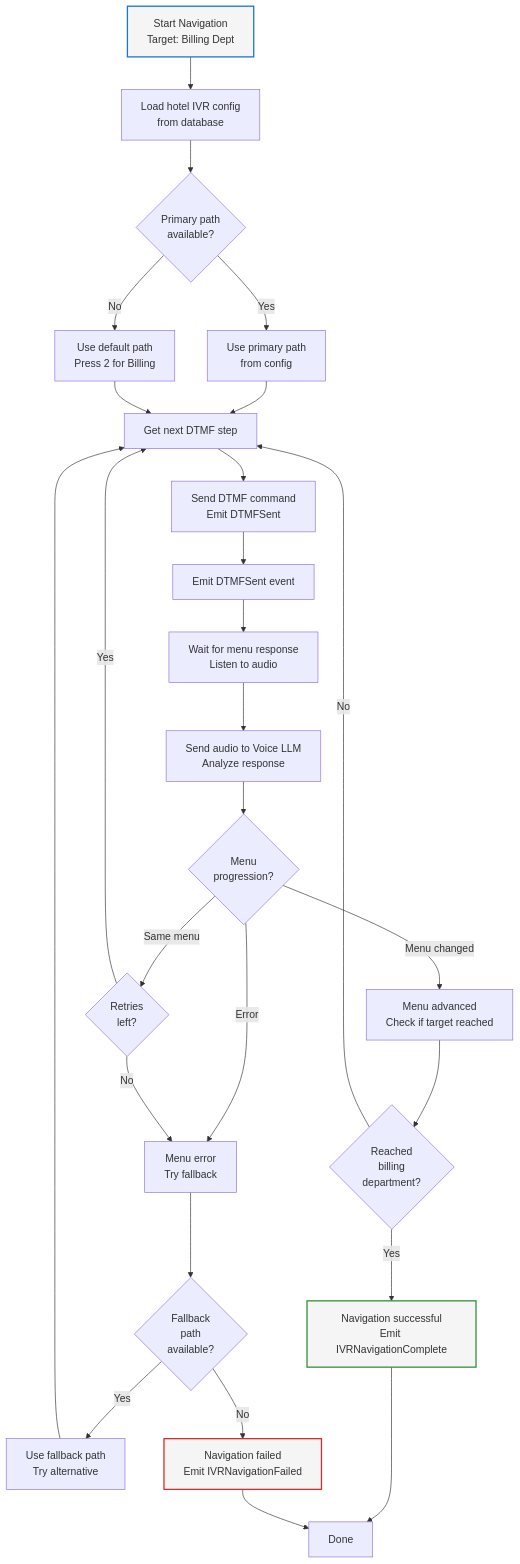
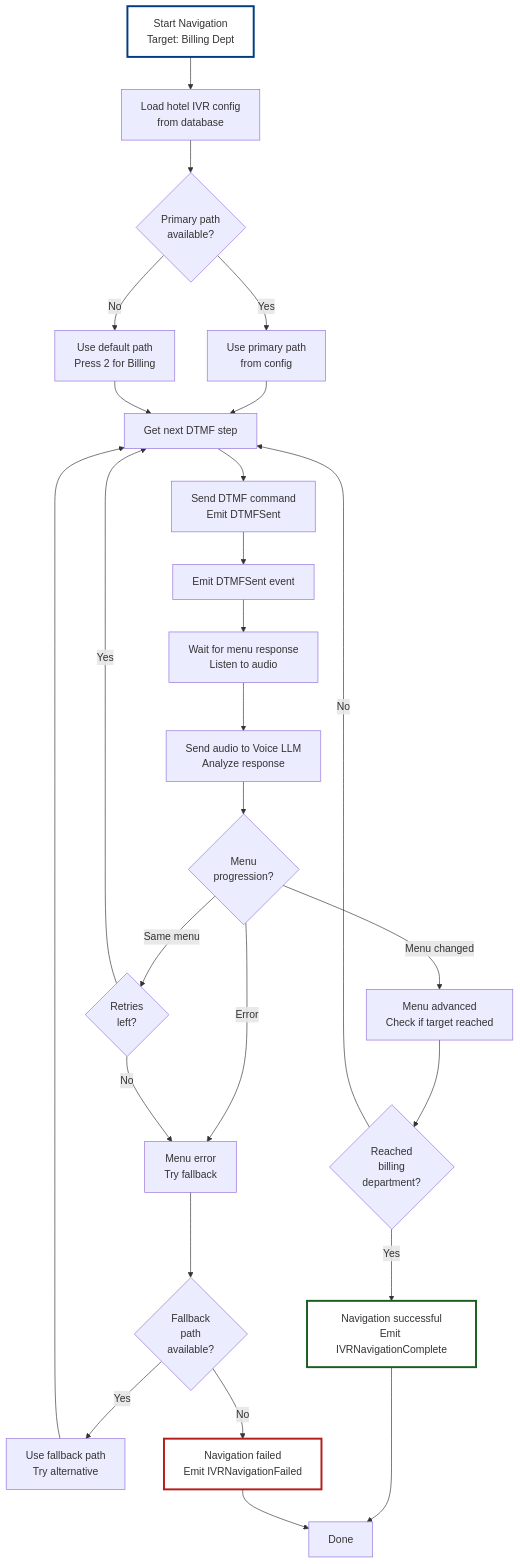
One commit to Org-for-Folio-AI/FolioAISpecs changed the second of 2 diagrams in design/components/04-IVR-Navigator.md. Above: the diagram before and after it, drawn with Mermaid. The commit also changed other lines of this file and 11 other files, not shown here.

First line of the commit message:
Improve mermaid diagrams: increase font size, darker colors, thicker strokes

````diff
--- a/design/components/04-IVR-Navigator.md
+++ b/design/components/04-IVR-Navigator.md
@@ -85,45 +86,46 @@
 ```mermaid
+%%{init: {'fontSize': 18, 'fontFamily': 'arial'}}%%
 flowchart TD
     Start["Start Navigation<br/>Target: Billing Dept"] --> LoadConfig["Load hotel IVR config<br/>from database"]
 
     LoadConfig --> CheckPath{Primary path<br/>available?}
 
     CheckPath -->|Yes| UsePath["Use primary path<br/>from config"]
     CheckPath -->|No| DefaultPath["Use default path<br/>Press 2 for Billing"]
 
     UsePath --> GetStep["Get next DTMF step"]
     DefaultPath --> GetStep
 
     GetStep --> SendDTMF["Send DTMF command<br/>Emit DTMFSent"]
     SendDTMF --> Emit["Emit DTMFSent event"]
 
     Emit --> Wait["Wait for menu response<br/>Listen to audio"]
     Wait --> Analyze["Send audio to Voice LLM<br/>Analyze response"]
 
     Analyze --> Response{Menu<br/>progression?}
 
     Response -->|Menu changed| NextMenu["Menu advanced<br/>Check if target reached"]
     Response -->|Same menu| Retry{Retries<br/>left?}
     Response -->|Error| Error["Menu error<br/>Try fallback"]
 
     NextMenu --> AtTarget{Reached<br/>billing<br/>department?}
 
     AtTarget -->|Yes| Success["Navigation successful<br/>Emit IVRNavigationComplete"]
     AtTarget -->|No| GetStep
 
     Retry -->|Yes| GetStep
     Retry -->|No| Error
 
     Error --> FallbackAvail{Fallback<br/>path<br/>available?}
 
     FallbackAvail -->|Yes| UseFallback["Use fallback path<br/>Try alternative"]
     FallbackAvail -->|No| Failed["Navigation failed<br/>Emit IVRNavigationFailed"]
 
     UseFallback --> GetStep
     Success --> Done["Done"]
     Failed --> Done
 
-    style Start stroke:#1976d2,fill:#f5f5f5,stroke-width:2px
-    style Success stroke:#388e3c,fill:#f5f5f5,stroke-width:2px
-    style Failed stroke:#d32f2f,fill:#f5f5f5,stroke-width:2px
+    style Start stroke:#003d82,fill:#ffffff,stroke-width:3px,font-size:16px
+    style Success stroke:#1b5e20,fill:#ffffff,stroke-width:3px,font-size:16px
+    style Failed stroke:#b71c1c,fill:#ffffff,stroke-width:3px,font-size:16px
 ```
````
